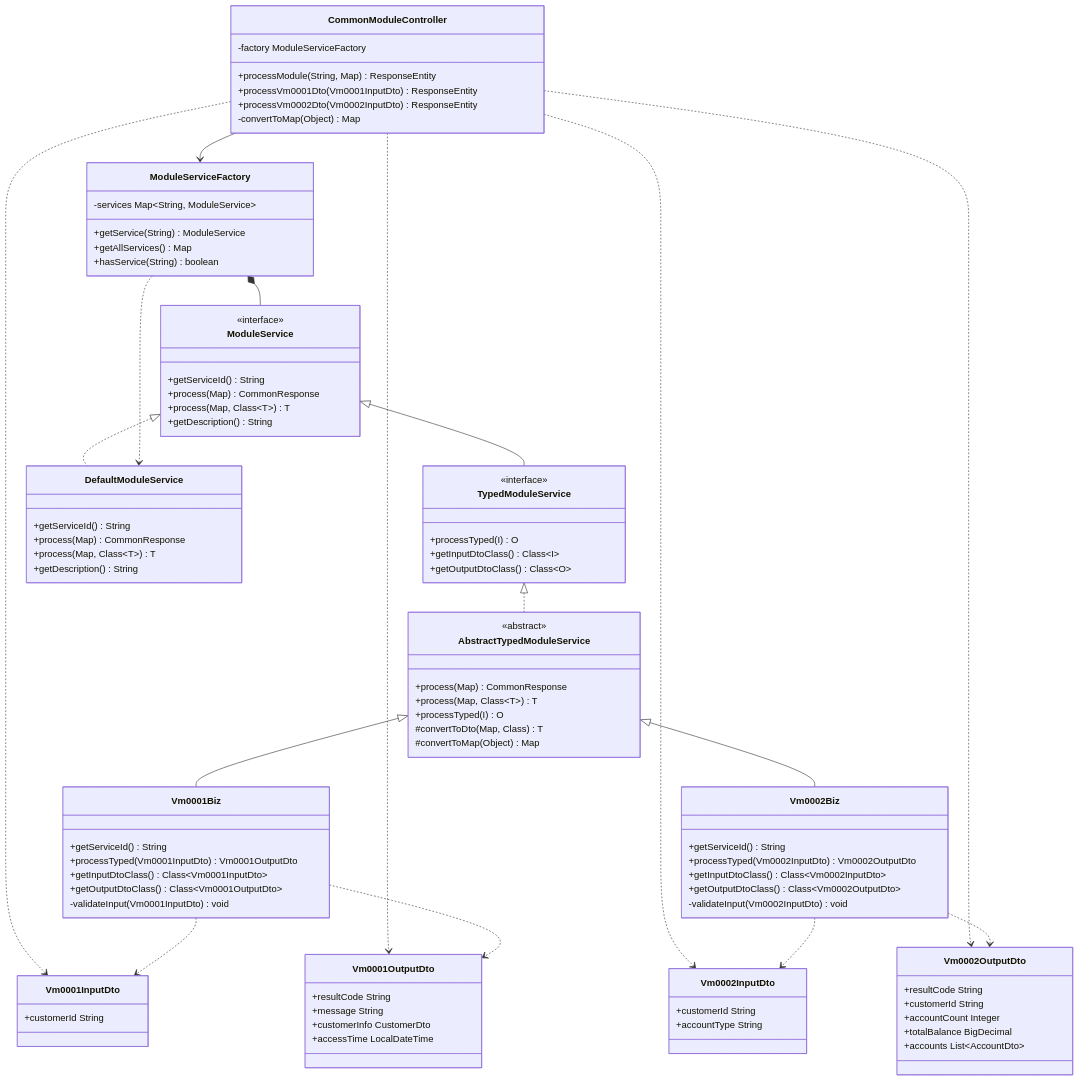
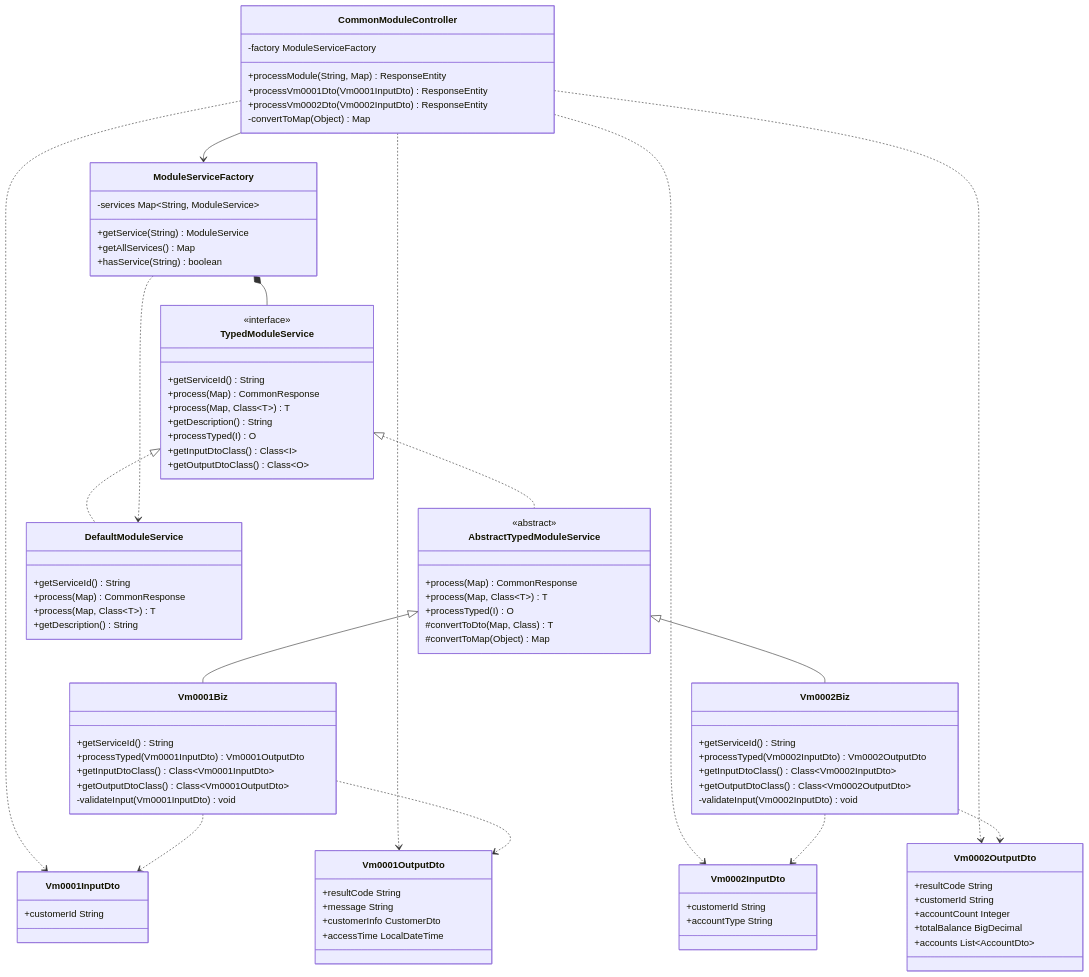
Before and after one commit to kubelin/wm-common: the first of 3 diagrams in README.md, drawn with Mermaid. The commit also changed 7 other files, not shown here.

First line of the commit message:
refactor: Unify interfaces - single TypedModuleService architecture

````diff
--- a/README.md
+++ b/README.md
@@ -51,15 +51,11 @@
 ```mermaid
 classDiagram
-    class ModuleService {
+    class TypedModuleService {
         <<interface>>
         +getServiceId() String
         +process(Map) CommonResponse
         +process(Map, Class~T~) T
         +getDescription() String
-    }
-    
-    class TypedModuleService {
-        <<interface>>
         +processTyped(I) O
         +getInputDtoClass() Class~I~
         +getOutputDtoClass() Class~O~
@@ -136,13 +132,12 @@
         +accounts List~AccountDto~
     }
     
-    ModuleService <|-- TypedModuleService
-    ModuleService <|.. DefaultModuleService
     TypedModuleService <|.. AbstractTypedModuleService
+    TypedModuleService <|.. DefaultModuleService
     AbstractTypedModuleService <|-- Vm0001Biz
     AbstractTypedModuleService <|-- Vm0002Biz
     
-    ModuleServiceFactory *-- ModuleService
+    ModuleServiceFactory *-- TypedModuleService
     ModuleServiceFactory ..> DefaultModuleService
     CommonModuleController --> ModuleServiceFactory
     CommonModuleController ..> Vm0001InputDto
````
